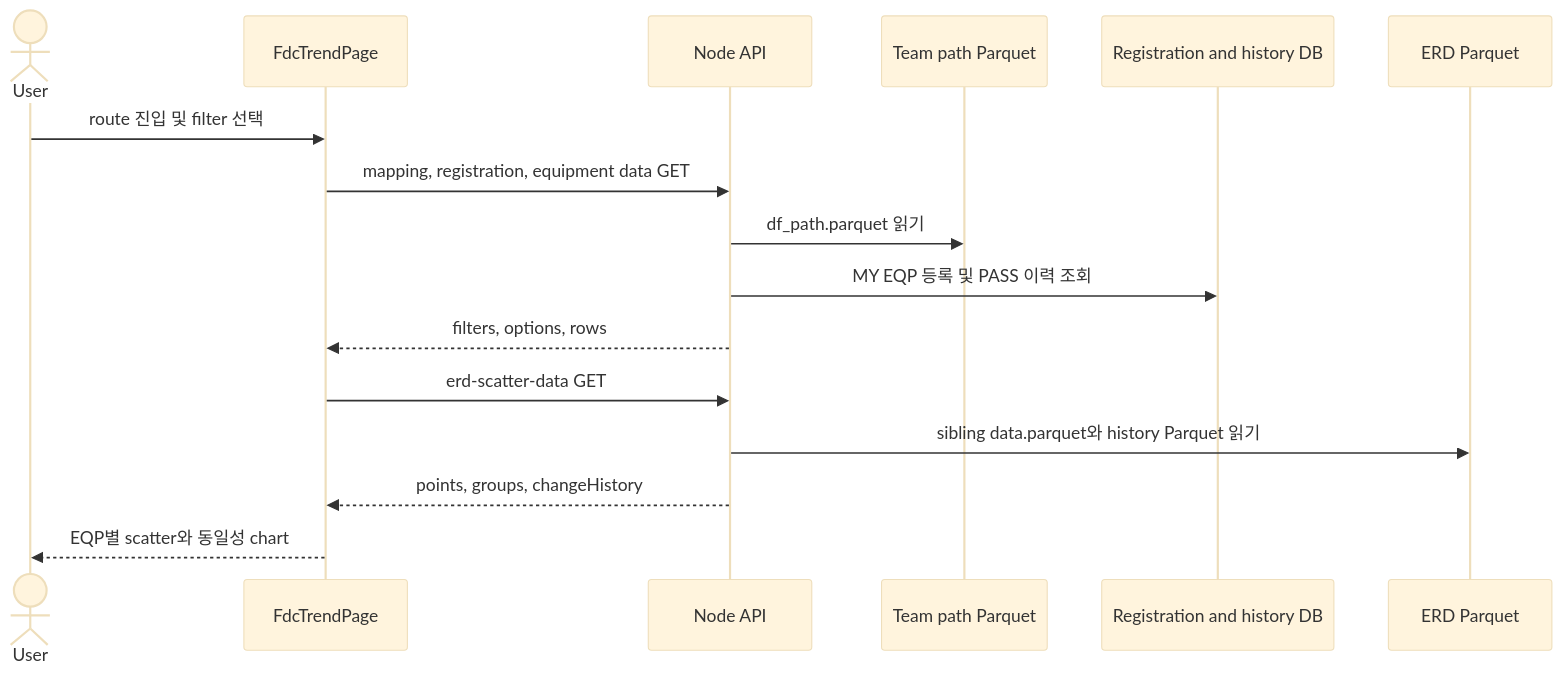
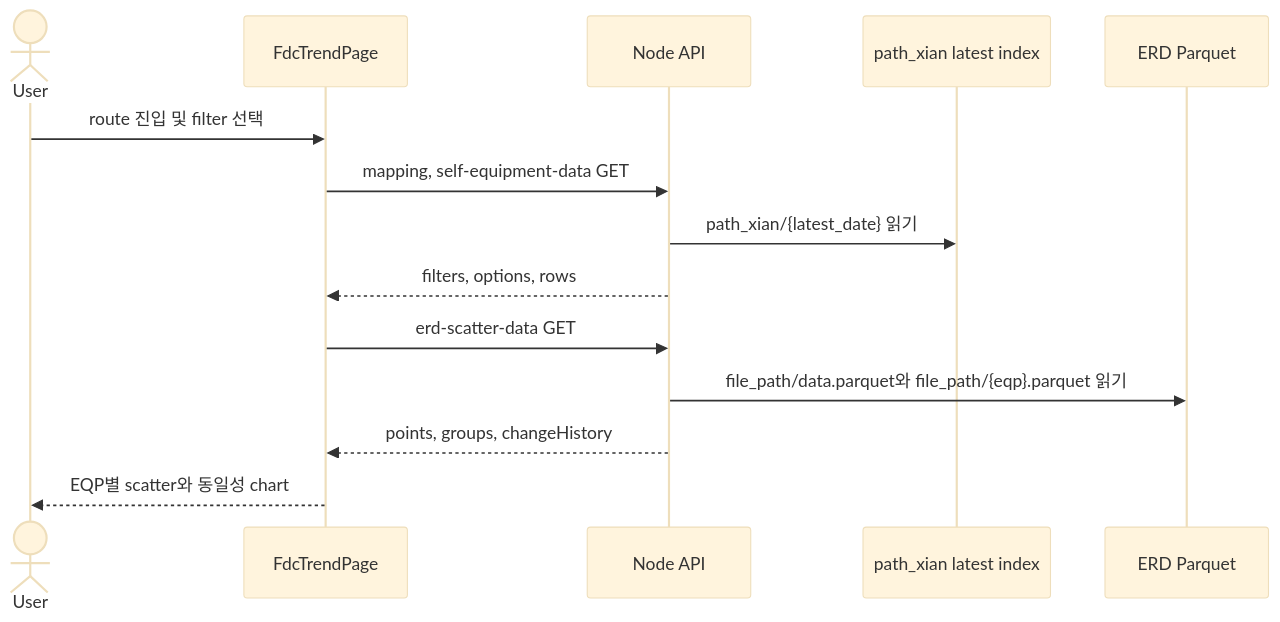
One commit to mlbarod/l0_spider_scs changed the diagram in docs/features/self-equipment.md. Above: the diagram before and after it, drawn with Mermaid (base theme). The commit also changed other lines of this file and 30 other files, not shown here.

````diff
--- a/docs/features/self-equipment.md
+++ b/docs/features/self-equipment.md
@@ -118,18 +132,16 @@
 ```mermaid
 sequenceDiagram
     actor User
     participant Browser as FdcTrendPage
     participant API as Node API
-    participant Index as Team path Parquet
-    participant DB as Registration and history DB
+    participant Index as path_xian latest index
     participant Erd as ERD Parquet
     User->>Browser: route 진입 및 filter 선택
-    Browser->>API: mapping, registration, equipment data GET
-    API->>Index: df_path.parquet 읽기
-    API->>DB: MY EQP 등록 및 PASS 이력 조회
+    Browser->>API: mapping, self-equipment-data GET
+    API->>Index: path_xian/{latest_date} 읽기
     API-->>Browser: filters, options, rows
     Browser->>API: erd-scatter-data GET
-    API->>Erd: sibling data.parquet와 history Parquet 읽기
+    API->>Erd: file_path/data.parquet와 file_path/{eqp}.parquet 읽기
     API-->>Browser: points, groups, changeHistory
     Browser-->>User: EQP별 scatter와 동일성 chart
 ```
````
